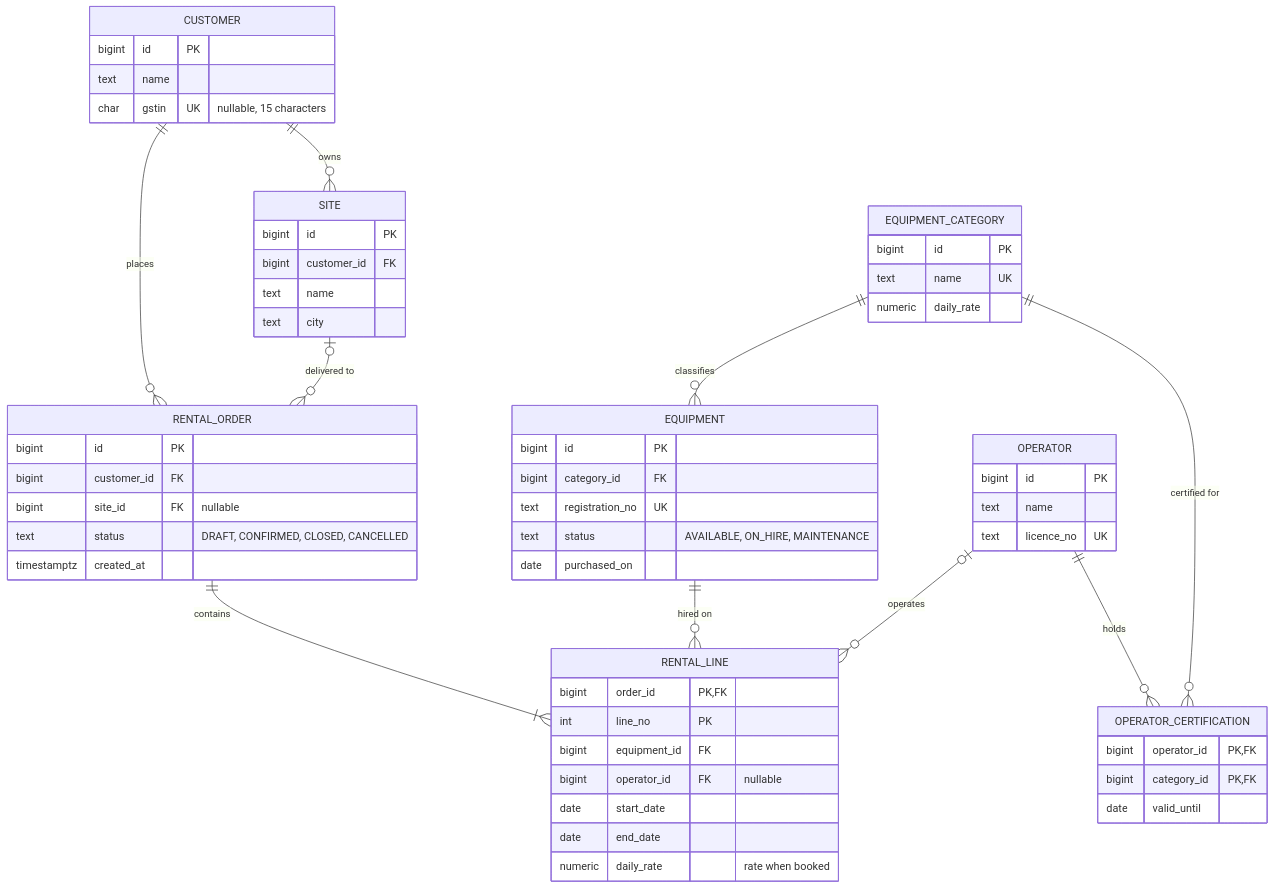
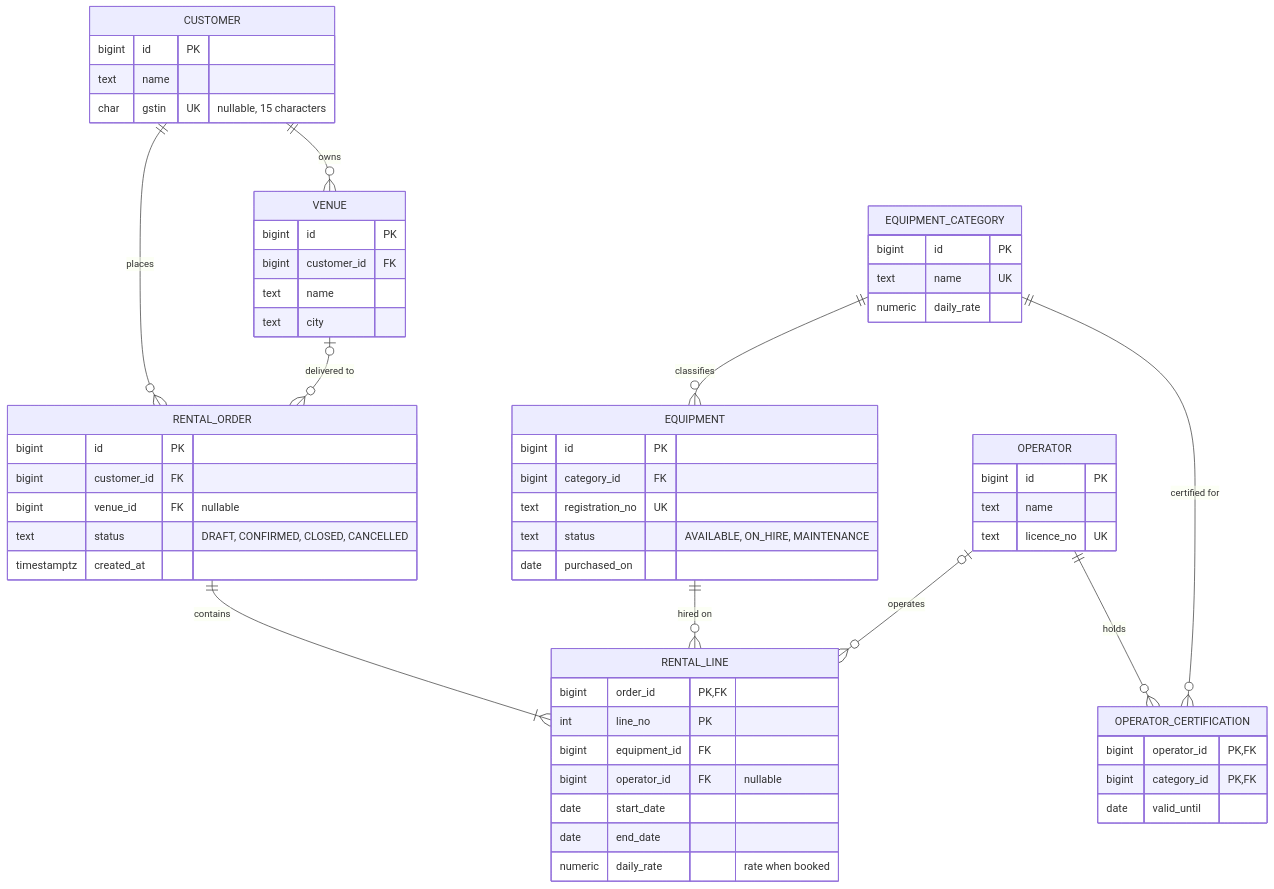
Before and after one commit to rizwi0786/system-design-lab: the second of 5 diagrams in content/lessons/m05/m05-diagrams-to-code.md, drawn with Mermaid. The commit also changed other lines of this file and 334 other files, not shown here.

````diff
--- a/content/lessons/m05/m05-diagrams-to-code.md
+++ b/content/lessons/m05/m05-diagrams-to-code.md
@@ -298,61 +298,61 @@
 ```mermaid
 erDiagram
-    CUSTOMER ||--o{ SITE : owns
+    CUSTOMER ||--o{ VENUE : owns
     CUSTOMER ||--o{ RENTAL_ORDER : places
-    SITE |o--o{ RENTAL_ORDER : "delivered to"
+    VENUE |o--o{ RENTAL_ORDER : "delivered to"
     RENTAL_ORDER ||--|{ RENTAL_LINE : contains
     EQUIPMENT ||--o{ RENTAL_LINE : "hired on"
     OPERATOR |o--o{ RENTAL_LINE : operates
     EQUIPMENT_CATEGORY ||--o{ EQUIPMENT : classifies
     OPERATOR ||--o{ OPERATOR_CERTIFICATION : holds
     EQUIPMENT_CATEGORY ||--o{ OPERATOR_CERTIFICATION : "certified for"
     CUSTOMER {
         bigint id PK
         text name
         char gstin UK "nullable, 15 characters"
     }
-    SITE {
+    VENUE {
         bigint id PK
         bigint customer_id FK
         text name
         text city
     }
     RENTAL_ORDER {
         bigint id PK
         bigint customer_id FK
-        bigint site_id FK "nullable"
+        bigint venue_id FK "nullable"
         text status "DRAFT, CONFIRMED, CLOSED, CANCELLED"
         timestamptz created_at
     }
     RENTAL_LINE {
         bigint order_id PK, FK
         int line_no PK
         bigint equipment_id FK
         bigint operator_id FK "nullable"
         date start_date
         date end_date
         numeric daily_rate "rate when booked"
     }
     EQUIPMENT {
         bigint id PK
         bigint category_id FK
         text registration_no UK
         text status "AVAILABLE, ON_HIRE, MAINTENANCE"
         date purchased_on
     }
     EQUIPMENT_CATEGORY {
         bigint id PK
         text name UK
         numeric daily_rate
     }
     OPERATOR {
         bigint id PK
         text name
         text licence_no UK
     }
     OPERATOR_CERTIFICATION {
         bigint operator_id PK, FK
         bigint category_id PK, FK
         date valid_until
     }
 ```
````
